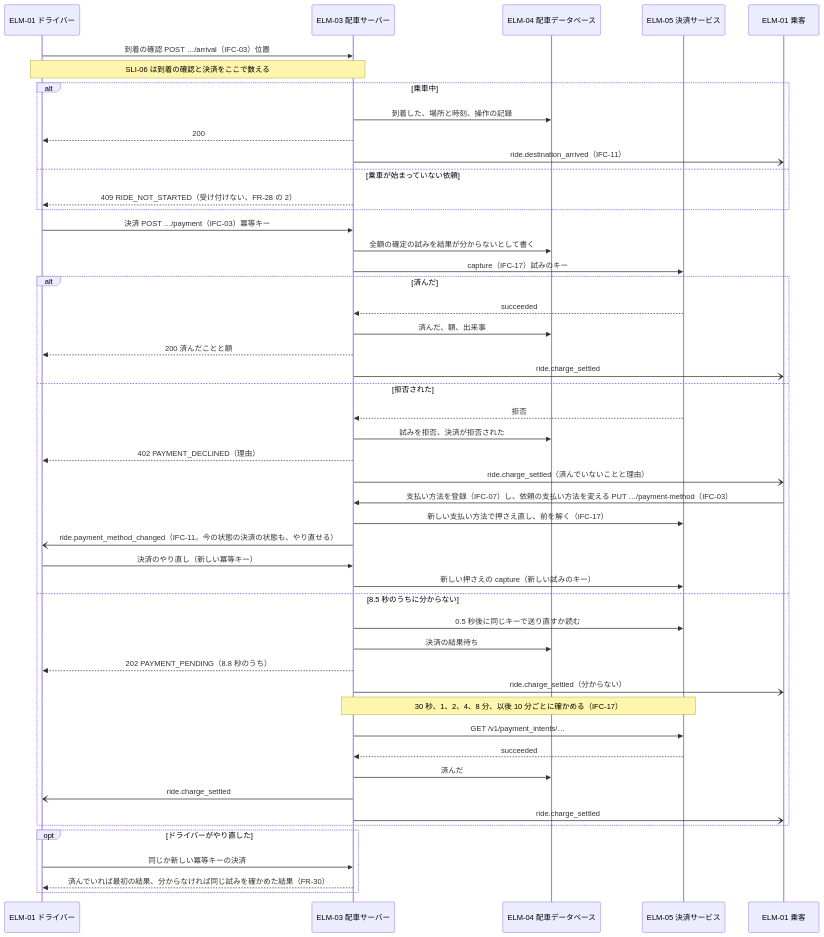
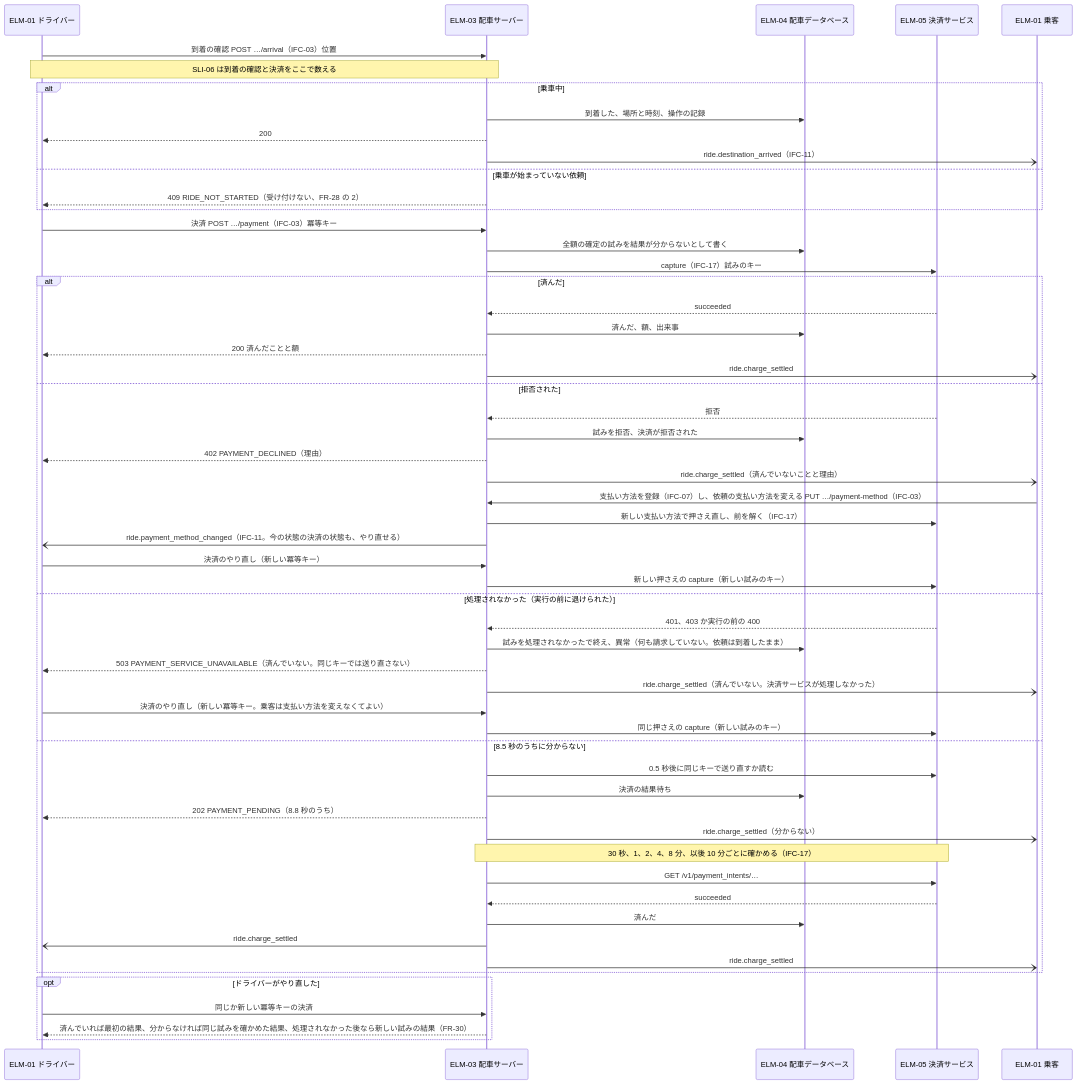
Before and after one commit to Taro000/ride-hailing-app-demo: diagram 12 of 57 in docs/design/3-high-level-design.md, drawn with Mermaid. The commit also changed other lines of this file and 27 other files, not shown here.

````diff
--- a/docs/design/3-high-level-design.md
+++ b/docs/design/3-high-level-design.md
@@ -553,51 +563,58 @@
 ```mermaid
 sequenceDiagram
   participant D as ELM-01 ドライバー
   participant S as ELM-03 配車サーバー
   participant DB as ELM-04 配車データベース
   participant PAY as ELM-05 決済サービス
   participant P as ELM-01 乗客
   D->>S: 到着の確認 POST …/arrival（IFC-03）位置
   Note over D,S: SLI-06 は到着の確認と決済をここで数える
   alt 乗車中
     S->>DB: 到着した、場所と時刻、操作の記録
     S-->>D: 200
     S-)P: ride.destination_arrived（IFC-11）
   else 乗車が始まっていない依頼
     S-->>D: 409 RIDE_NOT_STARTED（受け付けない、FR-28 の 2）
   end
   D->>S: 決済 POST …/payment（IFC-03）冪等キー
   S->>DB: 全額の確定の試みを結果が分からないとして書く
   S->>PAY: capture（IFC-17）試みのキー
   alt 済んだ
     PAY-->>S: succeeded
     S->>DB: 済んだ、額、出来事
     S-->>D: 200 済んだことと額
     S-)P: ride.charge_settled
   else 拒否された
     PAY-->>S: 拒否
     S->>DB: 試みを拒否、決済が拒否された
     S-->>D: 402 PAYMENT_DECLINED（理由）
     S-)P: ride.charge_settled（済んでいないことと理由）
     P->>S: 支払い方法を登録（IFC-07）し、依頼の支払い方法を変える PUT …/payment-method（IFC-03）
     S->>PAY: 新しい支払い方法で押さえ直し、前を解く（IFC-17）
     S-)D: ride.payment_method_changed（IFC-11。今の状態の決済の状態も、やり直せる）
     D->>S: 決済のやり直し（新しい冪等キー）
     S->>PAY: 新しい押さえの capture（新しい試みのキー）
+  else 処理されなかった（実行の前に退けられた）
+    PAY-->>S: 401、403 か実行の前の 400
+    S->>DB: 試みを処理されなかったで終え、異常（何も請求していない。依頼は到着したまま）
+    S-->>D: 503 PAYMENT_SERVICE_UNAVAILABLE（済んでいない。同じキーでは送り直さない）
+    S-)P: ride.charge_settled（済んでいない。決済サービスが処理しなかった）
+    D->>S: 決済のやり直し（新しい冪等キー。乗客は支払い方法を変えなくてよい）
+    S->>PAY: 同じ押さえの capture（新しい試みのキー）
   else 8.5 秒のうちに分からない
     S->>PAY: 0.5 秒後に同じキーで送り直すか読む
     S->>DB: 決済の結果待ち
     S-->>D: 202 PAYMENT_PENDING（8.8 秒のうち）
     S-)P: ride.charge_settled（分からない）
     Note over S,PAY: 30 秒、1、2、4、8 分、以後 10 分ごとに確かめる（IFC-17）
     S->>PAY: GET /v1/payment_intents/…
     PAY-->>S: succeeded
     S->>DB: 済んだ
     S-)D: ride.charge_settled
     S-)P: ride.charge_settled
   end
   opt ドライバーがやり直した
     D->>S: 同じか新しい冪等キーの決済
-    S-->>D: 済んでいれば最初の結果、分からなければ同じ試みを確かめた結果（FR-30）
+    S-->>D: 済んでいれば最初の結果、分からなければ同じ試みを確かめた結果、処理されなかった後なら新しい試みの結果（FR-30）
   end
 ```
````
